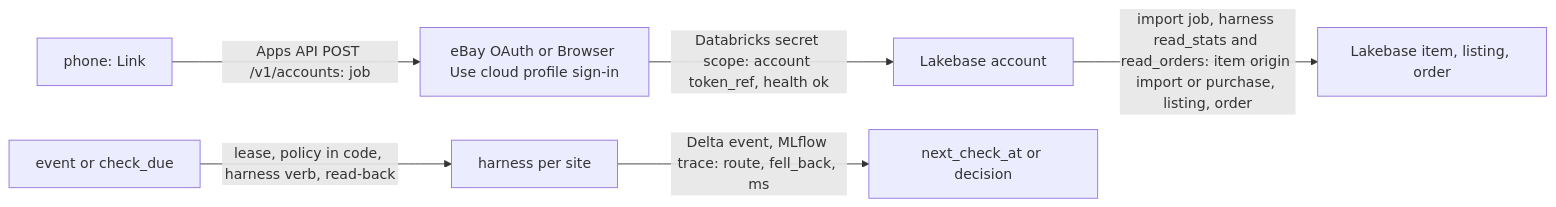
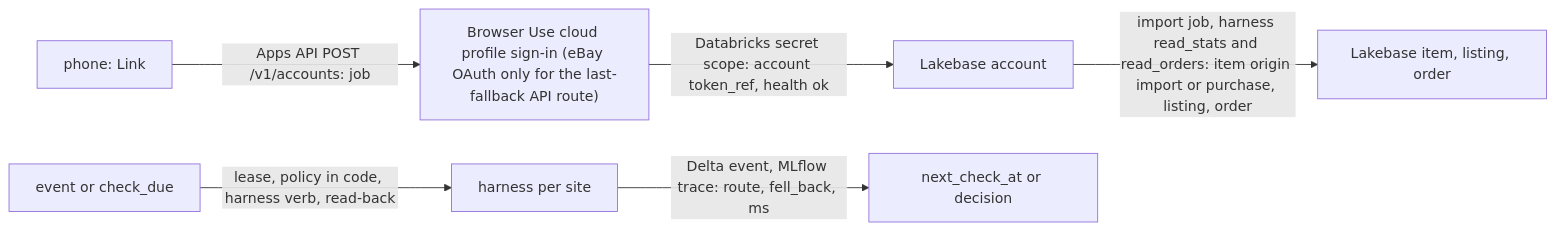
Before and after one commit to benverhaalen/secondhand: the diagram in spec/features/connect.md, drawn with Mermaid. The commit also changed other lines of this file and 15 other files, not shown here.

````diff
--- a/spec/features/connect.md
+++ b/spec/features/connect.md
@@ -39,8 +39,8 @@
 ```mermaid
 flowchart LR
-  P["phone: Link"] -->|"Apps API POST /v1/accounts: job"| S["eBay OAuth or Browser Use cloud profile sign-in"]
+  P["phone: Link"] -->|"Apps API POST /v1/accounts: job"| S["Browser Use cloud profile sign-in (eBay OAuth only for the last-fallback API route)"]
   S -->|"Databricks secret scope: account token_ref, health ok"| A["Lakebase account"]
   A -->|"import job, harness read_stats and read_orders: item origin import or purchase, listing, order"| I["Lakebase item, listing, order"]
   T["event or check_due"] -->|"lease, policy in code, harness verb, read-back"| H["harness per site"]
   H -->|"Delta event, MLflow trace: route, fell_back, ms"| E["next_check_at or decision"]
 ```
````
